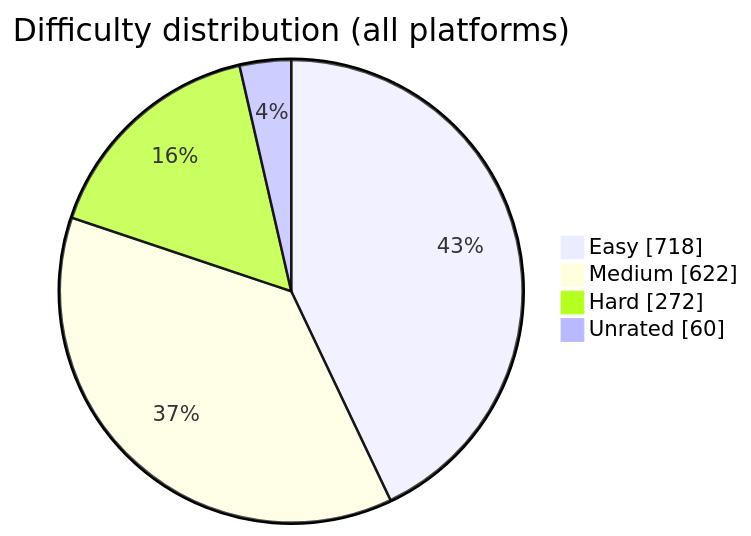
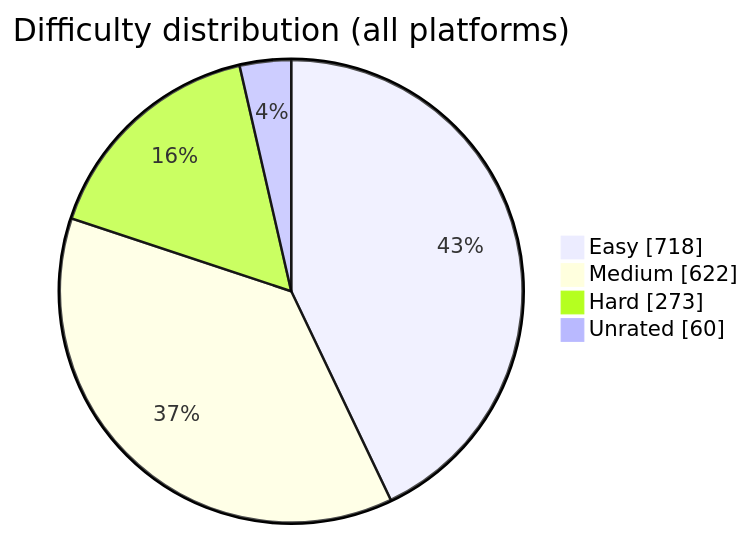
One commit to BuildbyArindam/Daily-Coding-Log changed the diagram in README.md. Above: the diagram before and after it, drawn with Mermaid. The commit also changed other lines of this file, not shown here.

````diff
--- a/README.md
+++ b/README.md
@@ -93,7 +93,7 @@
 ```mermaid
 pie showData title Difficulty distribution (all platforms)
     "Easy" : 718
     "Medium" : 622
-    "Hard" : 272
+    "Hard" : 273
     "Unrated" : 60
 ```
````
